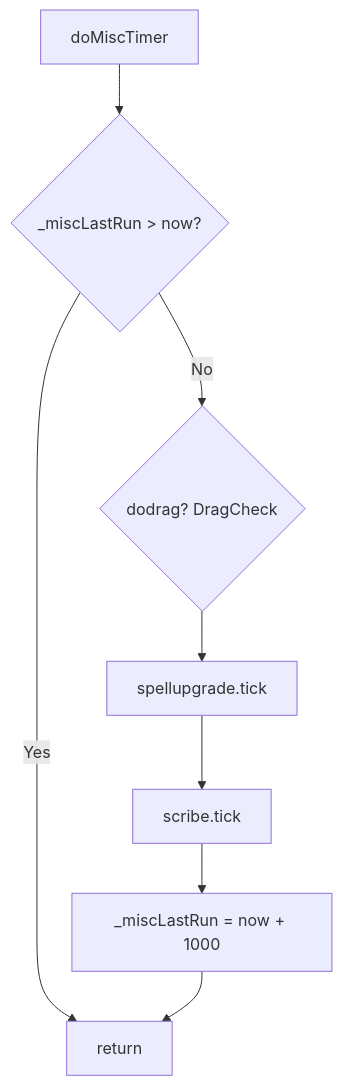
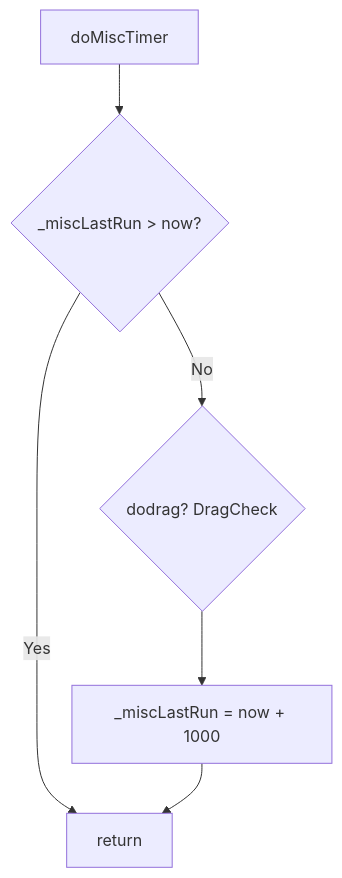
The diagram in docs/botlogic/hook-domisctimer.md (Cezero/czbot), drawn with Mermaid before and after one commit. The commit also changed other lines of this file and 15 other files, not shown here.

````diff
--- a/docs/botlogic/hook-domisctimer.md
+++ b/docs/botlogic/hook-domisctimer.md
@@ -12,10 +12,8 @@
 ```mermaid
 flowchart TB
     Start[doMiscTimer] --> Throttle{_miscLastRun > now?}
     Throttle -->|Yes| End[return]
     Throttle -->|No| Drag{dodrag? DragCheck}
-    Drag --> Upgrade[spellupgrade.tick]
-    Upgrade --> Scribe[scribe.tick]
-    Scribe --> SetLast[_miscLastRun = now + 1000]
+    Drag --> SetLast[_miscLastRun = now + 1000]
     SetLast --> End
 ```
````
